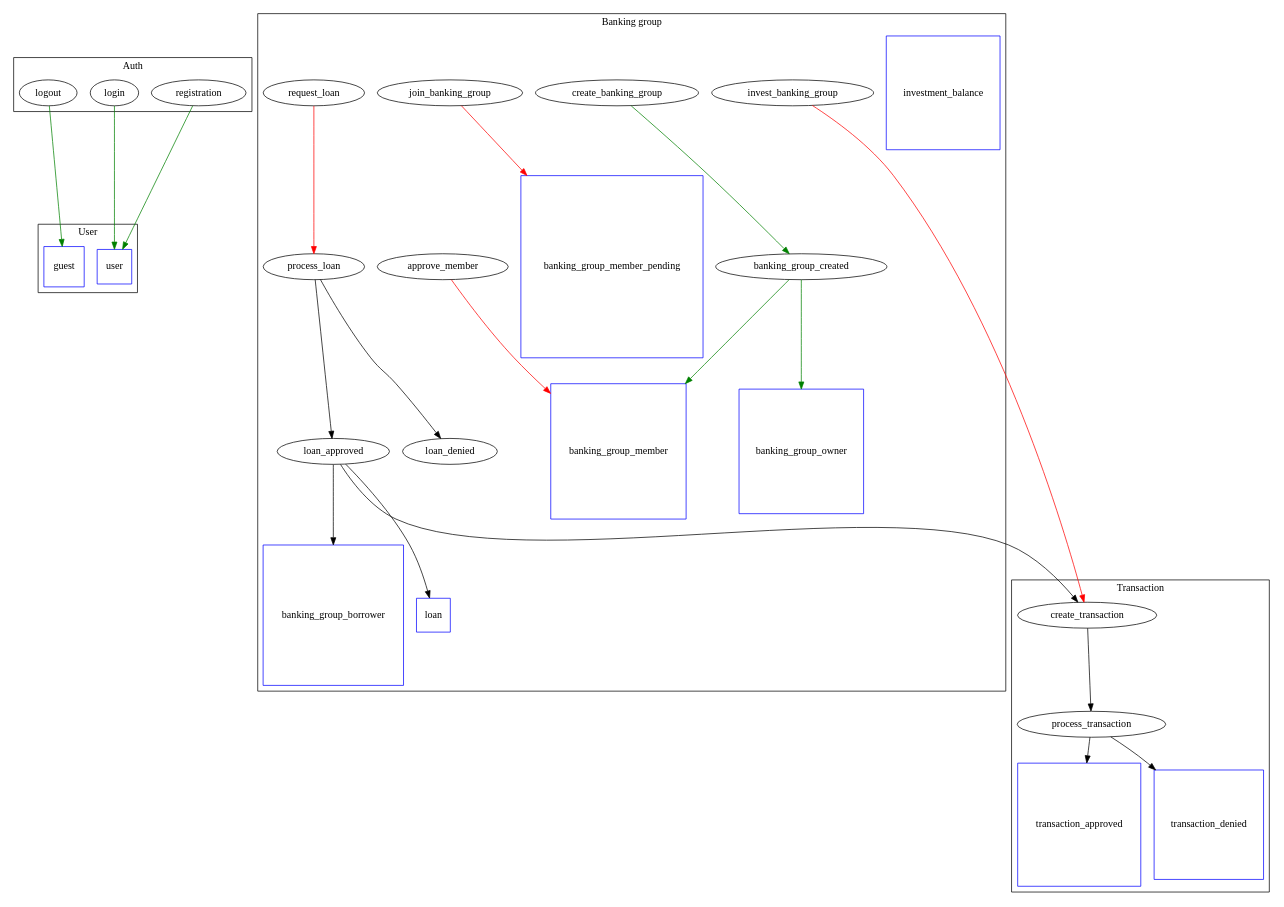
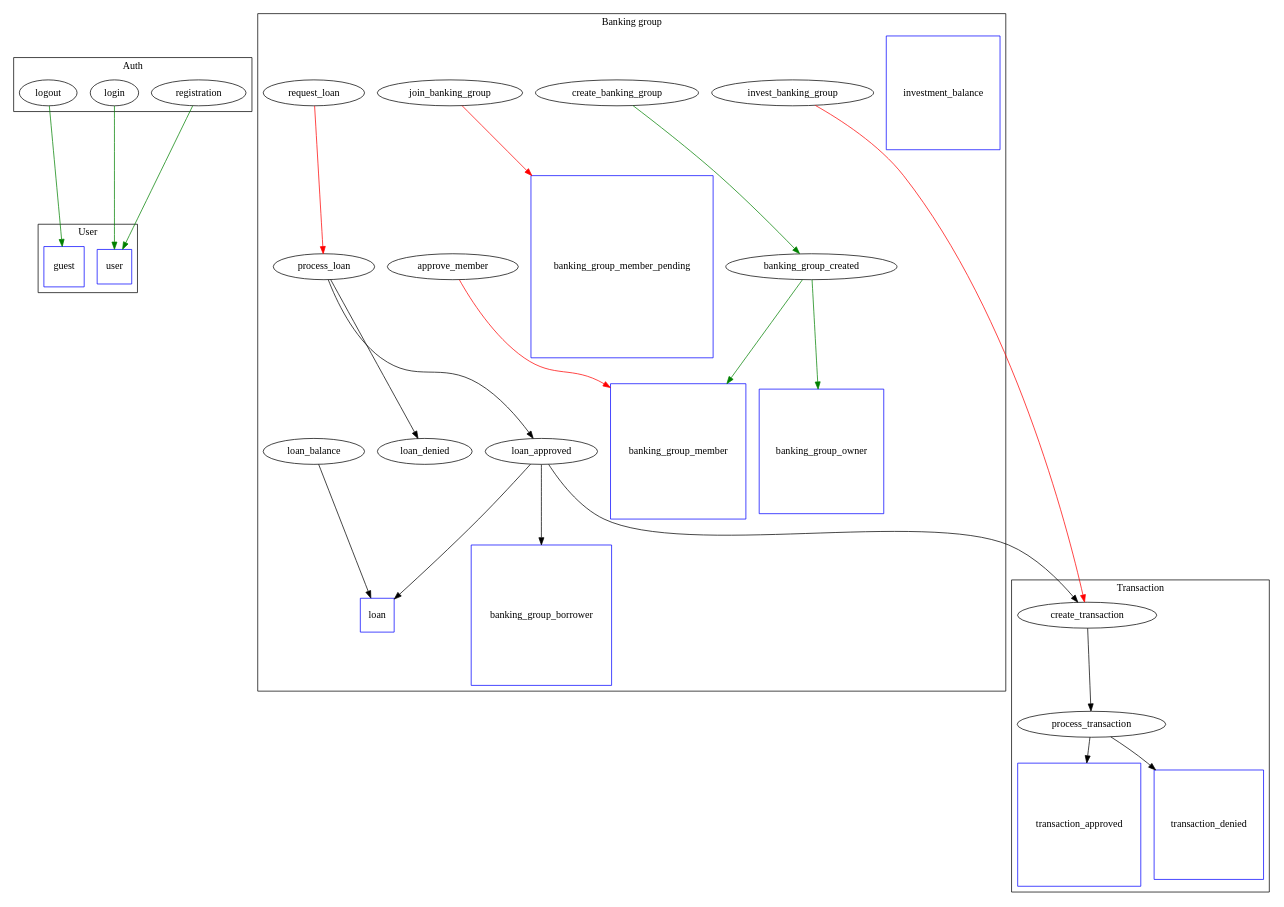
The diagram in plan.gv (fshangala/myvb), drawn with Graphviz before and after one commit. The commit also changed 37 other files, not shown here.

```diff
--- a/plan.gv
+++ b/plan.gv
@@ -1,57 +1,58 @@
 digraph myvb {
 
   subgraph cluster_user {
     label="User";
     user [shape="square",color="blue"];
     guest [shape="square",color="blue"];
   }
   subgraph cluster_authentication {
     label="Auth";
 
     registration -> user [color="green"];
     login -> user [color="green"];
     logout -> guest [color="green"];
   }
 
   subgraph cluster_transaction {
     label="Transaction";
     transaction_approved [shape="square",color="blue"];
     transaction_denied [shape="square",color="blue"];
 
-    create_transaction -> process_transaction; 
+    create_transaction -> process_transaction;
     process_transaction -> transaction_approved, transaction_denied;
   }
 
   subgraph cluster_banking_group {
     label="Banking group";
     banking_group_owner [shape="square",color="blue"];
     banking_group_member [shape="square",color="blue"];
     banking_group_borrower [shape="square",color="blue"];
     banking_group_member_pending [shape="square",color="blue"];
     investment_balance [shape="square",color="blue"];
     loan [shape="square",color="blue"];
     
     create_banking_group -> banking_group_created [color="green"];
     banking_group_created -> banking_group_owner [color="green"];
     banking_group_created -> banking_group_member [color="green"];
 
     join_banking_group -> banking_group_member_pending [color="red"];
     approve_member -> banking_group_member [color="red"];
 
     invest_banking_group -> create_transaction [color="red"];
 
     request_loan -> process_loan [color="red"];
     process_loan -> loan_approved -> create_transaction, banking_group_borrower, loan;
     process_loan -> loan_denied;
+    loan_balance -> loan;
   }
 
   //guest -> registration [color="green"];
   //guest -> login [color="green"];
 
   //user -> create_banking_group [color="green"];
   //user -> join_banking_group [color="green"];
 
   //banking_group_member -> invest_banking_group;
   //banking_group_member -> request_loan;
 
 }
```
